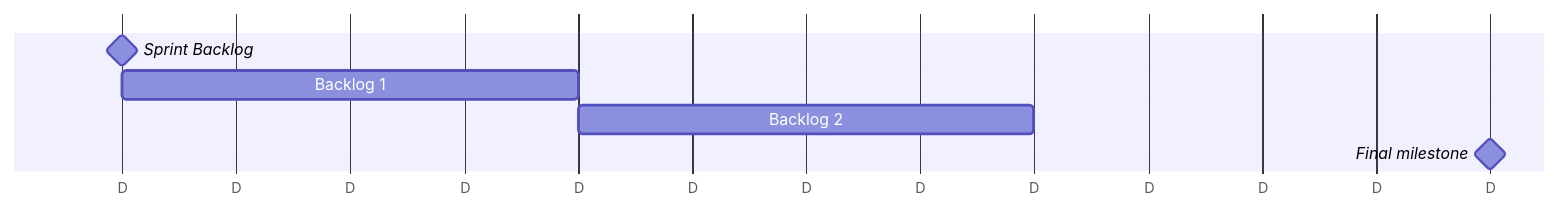
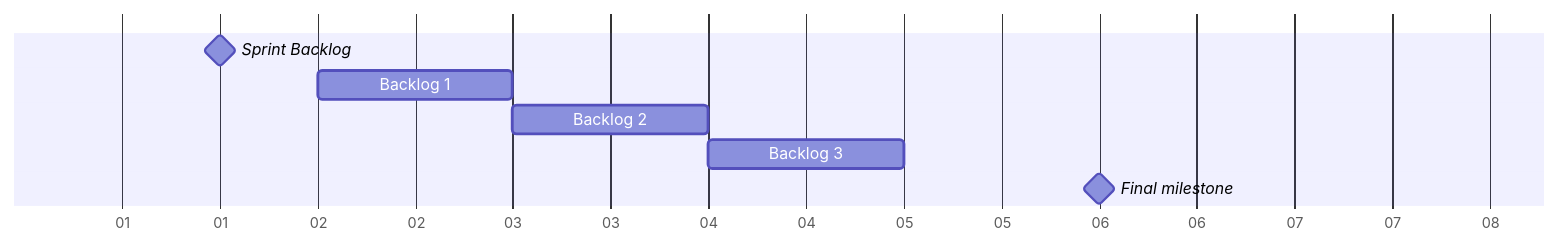
Before and after one commit to Iagocds/Projeto-Integrado: the second of 2 diagrams in sprint.md, drawn with Mermaid.

````diff
--- a/sprint.md
+++ b/sprint.md
@@ -24,9 +24,10 @@
 ```mermaid
 gantt
     dateFormat D
-    axisFormat %D
-    Sprint Backlog : milestone, m1, 1, 1D
+    axisFormat %d
+    Sprint Backlog : milestone, m1, 1, 1d
     Backlog 1 : 1d
     Backlog 2 : 1d
-    Final milestone : milestone, m2, 4, 4D
+    Backlog 3 : 1d
+    Final milestone : milestone, m2, 4, 4d
 ```
````
